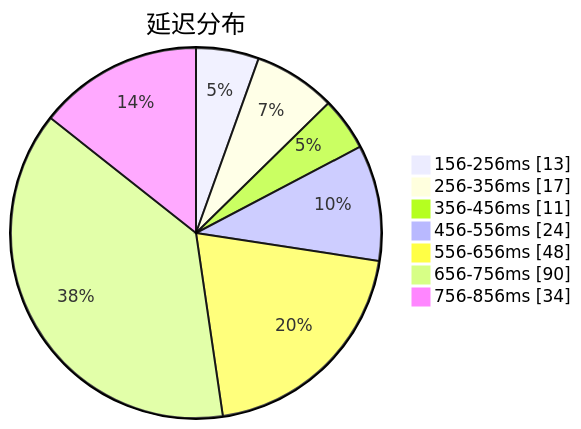
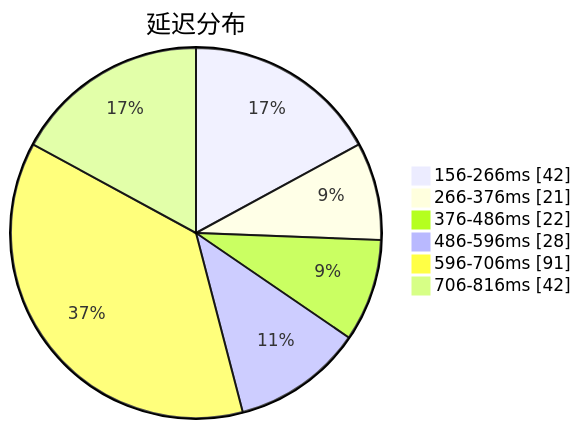
One commit to qjlxg/airport changed the first of 3 diagrams in subs/statistics/tested_within.md. Above: the diagram before and after it, drawn with Mermaid. The commit also changed other lines of this file and 2 other files, not shown here.

````diff
--- a/subs/statistics/tested_within.md
+++ b/subs/statistics/tested_within.md
@@ -2,11 +2,10 @@
 ```mermaid
 pie showData
 title 延迟分布
-"156-256ms" : 13
-"256-356ms" : 17
-"356-456ms" : 11
-"456-556ms" : 24
-"556-656ms" : 48
-"656-756ms" : 90
-"756-856ms" : 34
+"156-266ms" : 42
+"266-376ms" : 21
+"376-486ms" : 22
+"486-596ms" : 28
+"596-706ms" : 91
+"706-816ms" : 42
 ```
````
